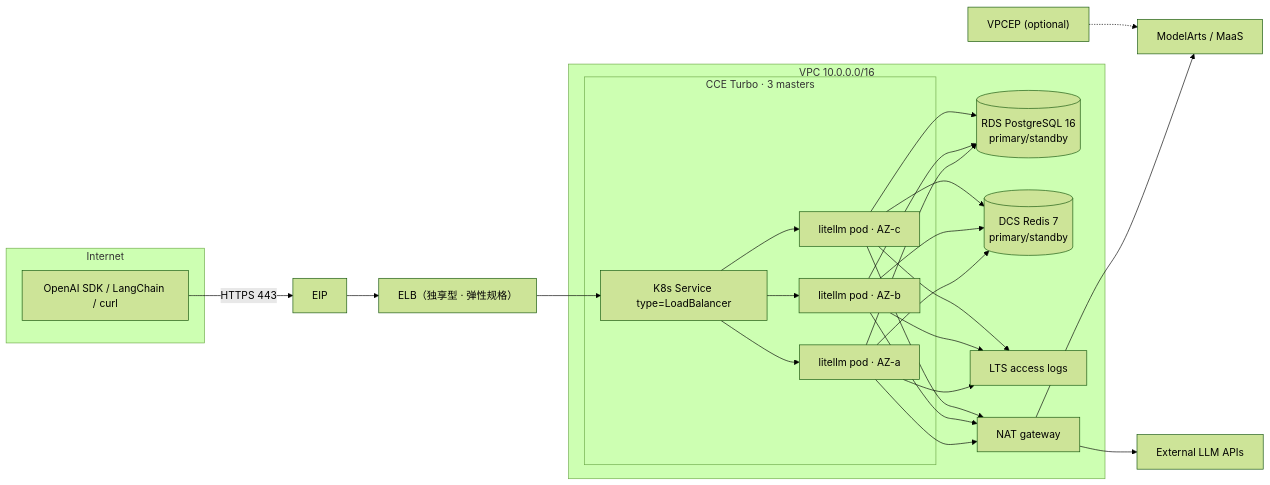
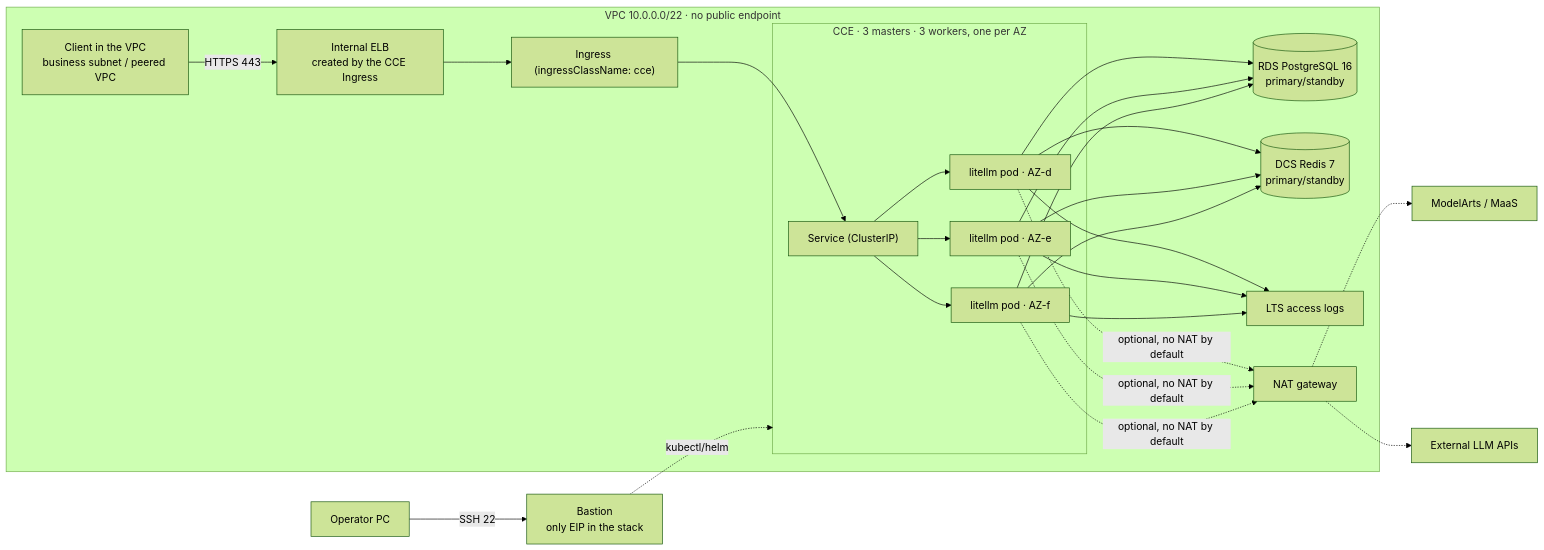
Before and after one commit to damokuye-ethanhuang/huaweicloud-ha-litellm-deploy: the diagram in README.md, drawn with Mermaid (forest theme). The commit also changed other lines of this file and 32 other files, not shown here.

First line of the commit message:
feat(network)!: overlay_l2 container tunnel and Ingress-owned ELB

````diff
--- a/README.md
+++ b/README.md
@@ -37,26 +37,25 @@
 ```mermaid
 flowchart LR
-  subgraph Internet
-    C[OpenAI SDK / LangChain / curl]
-  end
+  subgraph VPC["VPC 10.0.0.0/22 · no public endpoint"]
+    C["Client in the VPC<br/>business subnet / peered VPC"]
+    C -->|HTTPS 443| ELB["Internal ELB<br/>created by the CCE Ingress"]
+    ELB --> ING["Ingress (ingressClassName: cce)"]
+    ING --> SVC["Service (ClusterIP)"]
 
-  C -->|HTTPS 443| EIP[EIP]
-  EIP --> ELB["ELB（独享型 · 弹性规格）"]
-  ELB --> SVC["K8s Service type=LoadBalancer"]
+    subgraph CCE["CCE · 3 masters · 3 workers, one per AZ"]
+      SVC --> P1["litellm pod · AZ-d"]
+      SVC --> P2["litellm pod · AZ-e"]
+      SVC --> P3["litellm pod · AZ-f"]
+    end
 
-  subgraph VPC["VPC 10.0.0.0/16"]
-    subgraph CCE["CCE Turbo · 3 masters"]
-      SVC --> P1["litellm pod · AZ-a"]
-      SVC --> P2["litellm pod · AZ-b"]
-      SVC --> P3["litellm pod · AZ-c"]
-    end
     P1 & P2 & P3 --> RDS[("RDS PostgreSQL 16<br/>primary/standby")]
     P1 & P2 & P3 --> DCS[("DCS Redis 7<br/>primary/standby")]
     P1 & P2 & P3 --> LTS[LTS access logs]
-    P1 & P2 & P3 --> NAT[NAT gateway]
+    P1 & P2 & P3 -.->|optional, no NAT by default| NAT[NAT gateway]
   end
 
-  NAT --> MaaS["ModelArts / MaaS"]
-  NAT --> EXT["External LLM APIs"]
-  VPCE["VPCEP (optional)"] -.-> MaaS
+  OP["Operator PC"] -->|SSH 22| BAST["Bastion<br/>only EIP in the stack"]
+  BAST -.kubectl/helm.-> CCE
+  NAT -.-> MaaS["ModelArts / MaaS"]
+  NAT -.-> EXT["External LLM APIs"]
 ```
````
